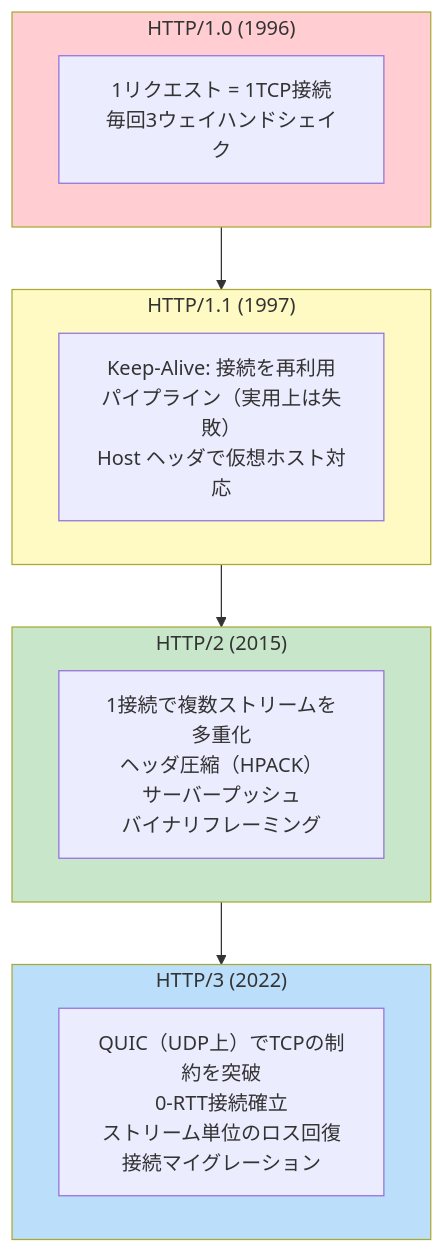
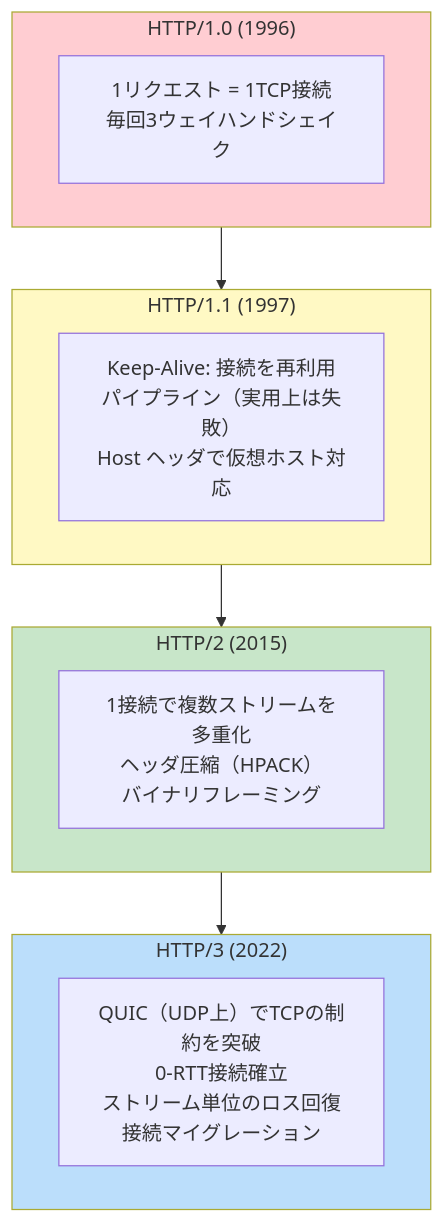
The fourth of 4 diagrams in Layer2-ネットワーク/HTTP-HTTPS.md (ryotaro-boost/web-engineer-knowledge-layers), drawn with Mermaid before and after one commit. The commit also changed other lines of this file and 3 other files, not shown here.

````diff
--- a/Layer2-ネットワーク/HTTP-HTTPS.md
+++ b/Layer2-ネットワーク/HTTP-HTTPS.md
@@ -165,25 +165,25 @@
 ```mermaid
 graph TB
     subgraph HTTP1_0["HTTP/1.0 (1996)"]
         A1["1リクエスト = 1TCP接続<br/>毎回3ウェイハンドシェイク"]
     end
 
     subgraph HTTP1_1["HTTP/1.1 (1997)"]
         A2["Keep-Alive: 接続を再利用<br/>パイプライン（実用上は失敗）<br/>Host ヘッダで仮想ホスト対応"]
     end
 
     subgraph HTTP2["HTTP/2 (2015)"]
-        A3["1接続で複数ストリームを多重化<br/>ヘッダ圧縮（HPACK）<br/>サーバープッシュ<br/>バイナリフレーミング"]
+        A3["1接続で複数ストリームを多重化<br/>ヘッダ圧縮（HPACK）<br/>バイナリフレーミング"]
     end
 
     subgraph HTTP3["HTTP/3 (2022)"]
         A4["QUIC（UDP上）でTCPの制約を突破<br/>0-RTT接続確立<br/>ストリーム単位のロス回復<br/>接続マイグレーション"]
     end
 
     HTTP1_0 --> HTTP1_1 --> HTTP2 --> HTTP3
 
     style HTTP1_0 fill:#ffcdd2
     style HTTP1_1 fill:#fff9c4
     style HTTP2 fill:#c8e6c9
     style HTTP3 fill:#bbdefb
 ```
````
